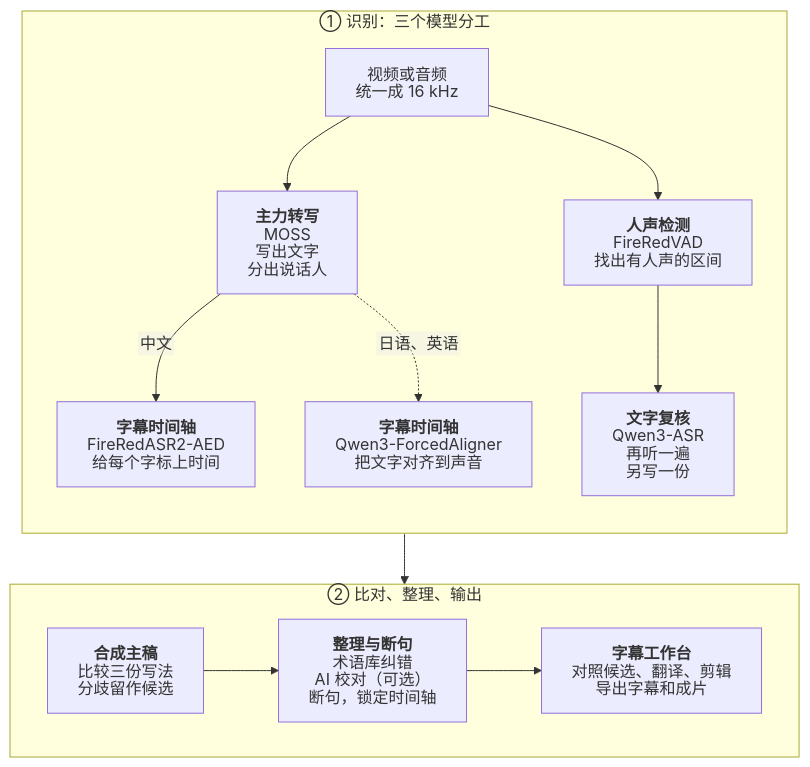
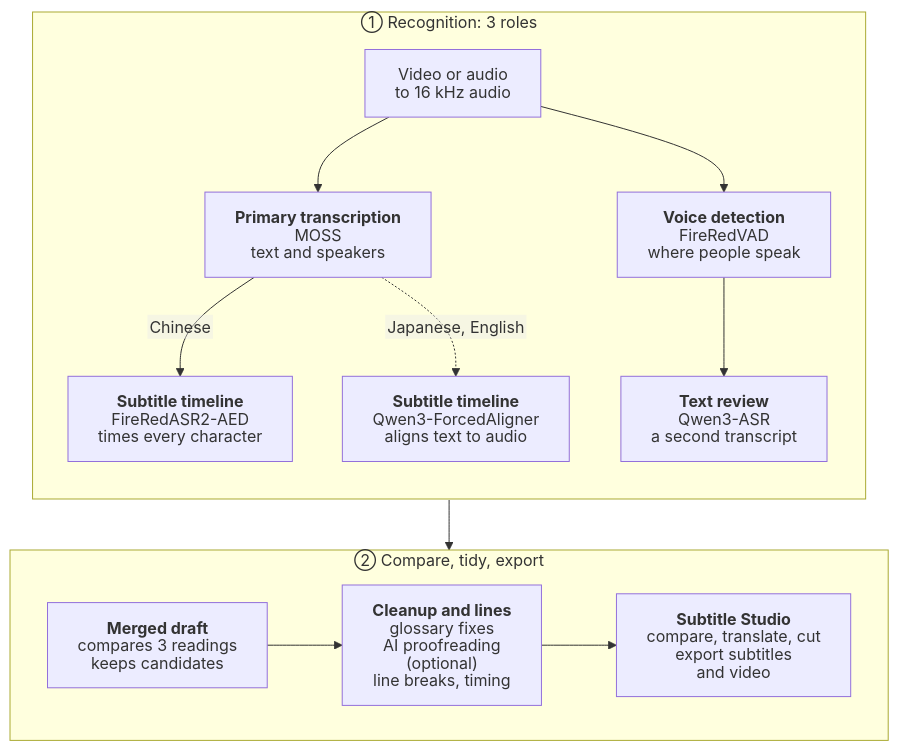
Before and after one commit to NOTBAD314/2ByteASR: the diagram in README.md, drawn with Mermaid. The commit also changed other lines of this file and 65 other files, not shown here.

````diff
--- a/README.md
+++ b/README.md
@@ -176,38 +176,38 @@
 ```mermaid
 %%{init: {"htmlLabels": false, "markdownAutoWrap": false, "flowchart": {"htmlLabels": false, "wrappingWidth": 400}}}%%
 flowchart TB
-    subgraph REC["① 识别：三个模型分工"]
+    subgraph REC["① Recognition: 3 roles"]
         direction TB
-        A["`视频或音频
-统一成 16 kHz`"] --> M["`**主力转写**
+        A["`Video or audio
+to 16 kHz audio`"] --> M["`**Primary transcription**
 MOSS
-写出文字
-分出说话人`"]
-        A --> V["`**人声检测**
+text and speakers`"]
+        A --> V["`**Voice detection**
 FireRedVAD
-找出有人声的区间`"]
-        M -->|中文| F["`**字幕时间轴**
+where people speak`"]
+        M -->|Chinese| F["`**Subtitle timeline**
 FireRedASR2-AED
-给每个字标上时间`"]
-        M -.->|日语、英语| Q["`**字幕时间轴**
+times every character`"]
+        M -.->|Japanese, English| Q["`**Subtitle timeline**
 Qwen3-ForcedAligner
-把文字对齐到声音`"]
-        V --> R["`**文字复核**
+aligns text to audio`"]
+        V --> R["`**Text review**
 Qwen3-ASR
-再听一遍
-另写一份`"]
+a second transcript`"]
     end
-    subgraph POST["② 比对、整理、输出"]
+    subgraph POST["② Compare, tidy, export"]
         direction LR
-        D["`**合成主稿**
-比较三份写法
-分歧留作候选`"] --> T["`**整理与断句**
-术语库纠错
-AI 校对（可选）
-断句，锁定时间轴`"]
-        T --> P["`**字幕工作台**
-对照候选、翻译、剪辑
-导出字幕和成片`"]
+        D["`**Merged draft**
+compares 3 readings
+keeps candidates`"] --> T["`**Cleanup and lines**
+glossary fixes
+AI proofreading
+(optional)
+line breaks, timing`"]
+        T --> P["`**Subtitle Studio**
+compare, translate, cut
+export subtitles
+and video`"]
     end
     REC --> POST
 ```
````
